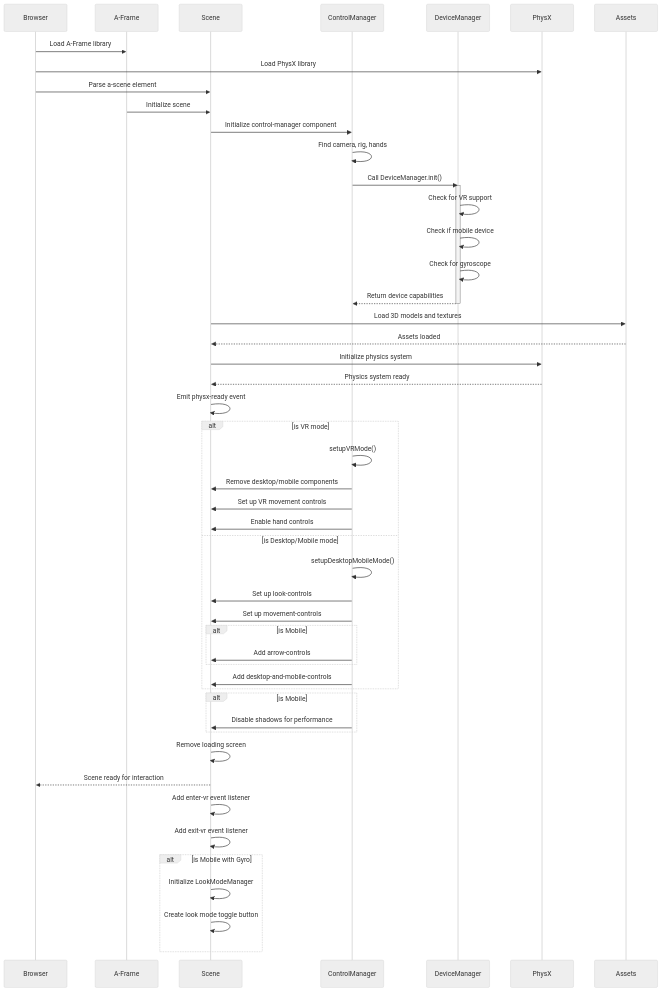
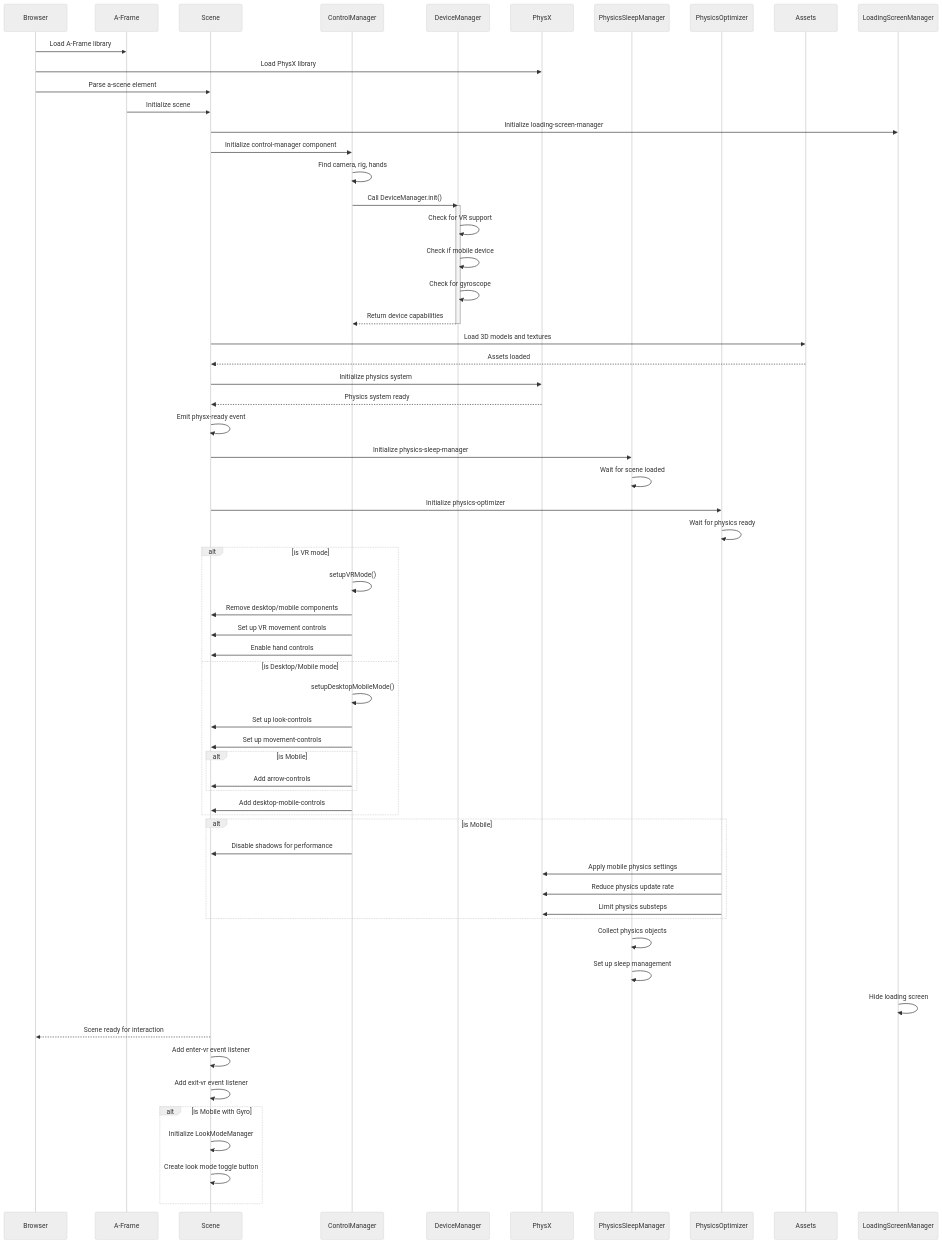
The diagram in Documentation/UML/InitializationSequenceDiagram.md (Tezeroth/VRMOBDESK-REFACTOR), drawn with Mermaid (neutral theme) before and after one commit. The commit also changed 24 other files, not shown here.

```diff
--- a/Documentation/UML/InitializationSequenceDiagram.md
+++ b/Documentation/UML/InitializationSequenceDiagram.md
@@ -8,21 +8,25 @@
     participant CM as ControlManager
     participant DM as DeviceManager
     participant PhysX
+    participant PSM as PhysicsSleepManager
+    participant PO as PhysicsOptimizer
     participant Assets
-    
+    participant LSM as LoadingScreenManager
+
     %% Initial Loading
     Browser->>AFrame: Load A-Frame library
     Browser->>PhysX: Load PhysX library
     Browser->>Scene: Parse a-scene element
-    
+
     %% A-Frame Initialization
     AFrame->>Scene: Initialize scene
+    Scene->>LSM: Initialize loading-screen-manager
     Scene->>CM: Initialize control-manager component
-    
+
     %% Control Manager Setup
     CM->>CM: Find camera, rig, hands
     CM->>DM: Call DeviceManager.init()
-    
+
     %% Device Detection
     activate DM
     DM->>DM: Check for VR support
@@ -30,16 +34,23 @@
     DM->>DM: Check for gyroscope
     DM-->>CM: Return device capabilities
     deactivate DM
-    
+
     %% Asset Loading
     Scene->>Assets: Load 3D models and textures
     Assets-->>Scene: Assets loaded
-    
+
     %% PhysX Initialization
     Scene->>PhysX: Initialize physics system
     PhysX-->>Scene: Physics system ready
     Scene->>Scene: Emit physx-ready event
-    
+
+    %% Physics Optimization Setup
+    Scene->>PSM: Initialize physics-sleep-manager
+    PSM->>PSM: Wait for scene loaded
+
+    Scene->>PO: Initialize physics-optimizer
+    PO->>PO: Wait for physics ready
+
     %% Control Setup Based on Device
     alt is VR mode
         CM->>CM: setupVRMode()
@@ -50,27 +61,34 @@
         CM->>CM: setupDesktopMobileMode()
         CM->>Scene: Set up look-controls
         CM->>Scene: Set up movement-controls
-        
+
         alt is Mobile
             CM->>Scene: Add arrow-controls
         end
-        
-        CM->>Scene: Add desktop-and-mobile-controls
+
+        CM->>Scene: Add desktop-mobile-controls
     end
-    
+
     %% Mobile-Specific Setup
     alt is Mobile
         CM->>Scene: Disable shadows for performance
+        PO->>PhysX: Apply mobile physics settings
+        PO->>PhysX: Reduce physics update rate
+        PO->>PhysX: Limit physics substeps
     end
-    
+
+    %% Physics Sleep Manager Initialization
+    PSM->>PSM: Collect physics objects
+    PSM->>PSM: Set up sleep management
+
     %% Final Initialization
-    Scene->>Scene: Remove loading screen
+    LSM->>LSM: Hide loading screen
     Scene-->>Browser: Scene ready for interaction
-    
+
     %% Event Listeners Setup
     Scene->>Scene: Add enter-vr event listener
     Scene->>Scene: Add exit-vr event listener
-    
+
     %% Look Mode Setup (if mobile with gyro)
     alt is Mobile with Gyro
         Scene->>Scene: Initialize LookModeManager
```
